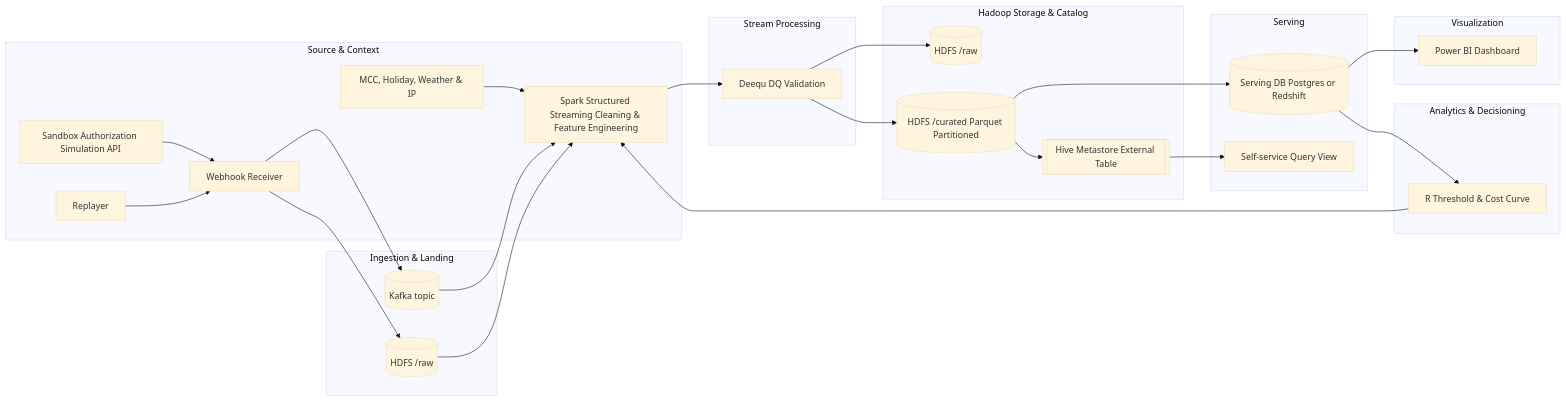
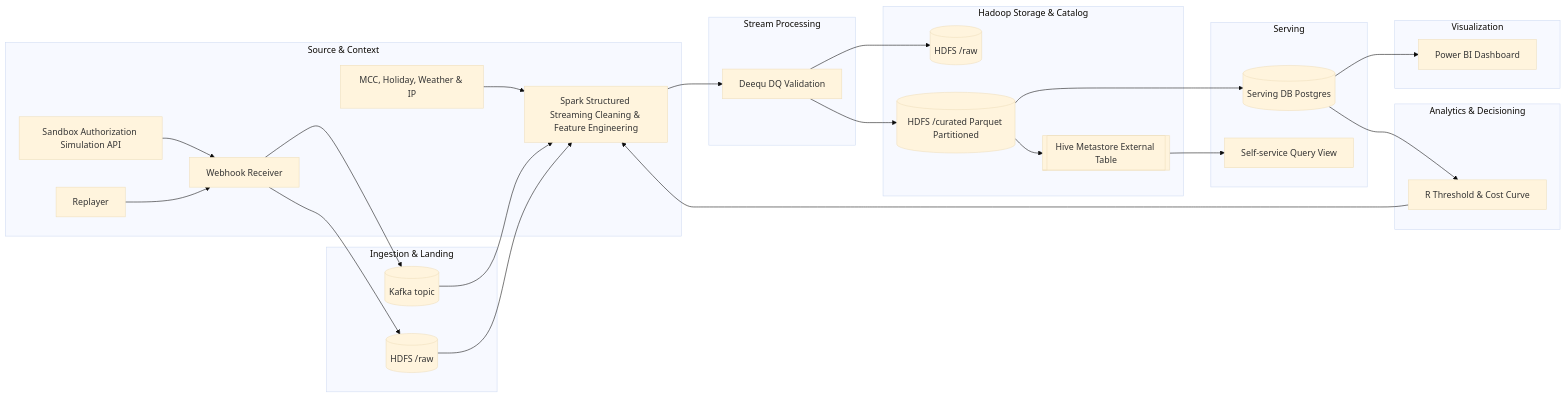
The diagram in docs/architecture.md (HHsieh09/FraudOut), drawn with Mermaid (base theme) before and after one commit. The commit also changed 1 other file, not shown here.

Commit message:
Fix: Uncomment the metastore_data volumn to store table structure from HDFS

````diff
--- a/docs/architecture.md
+++ b/docs/architecture.md
@@ -1,39 +1,39 @@
 ```mermaid
 flowchart LR
 subgraph Source["Source & Context"]
 A1[Sandbox Authorization Simulation API] --> A3
 A2[Replayer] --> A3
 A4[MCC, Holiday, Weather & IP] --> C1
 end
 
 subgraph Ingest["Ingestion & Landing"]
     A3[Webhook Receiver] --> B1[(Kafka topic)]
     A3 --> B2[(HDFS /raw)]
 end
 
 subgraph Stream["Stream Processing"]
     B1 --> C1[Spark Structured Streaming Cleaning & Feature Engineering]
     B2 --> C1
     C1 --> C2[Deequ DQ Validation]
 end
 
 subgraph HadoopStore["Hadoop Storage & Catalog"]
     C2 --> D1[(HDFS /raw)]
     C2 --> D2[(HDFS /curated Parquet Partitioned)]
     D2 --> D3[[Hive Metastore External Table]]
 end
 
 subgraph Serving["Serving"]
-    D2 --> E1[(Serving DB Postgres or Redshift)]
+    D2 --> E1[(Serving DB Postgres)]
     D3 --> E2[Self-service Query View]
 end
 
 subgraph Analytics["Analytics & Decisioning"]
     E1 --> F1[R Threshold & Cost Curve]
     F1 --> C1
 end
 
 subgraph BI["Visualization"]
     E1 --> G1[Power BI Dashboard]
 end
 ```
````
